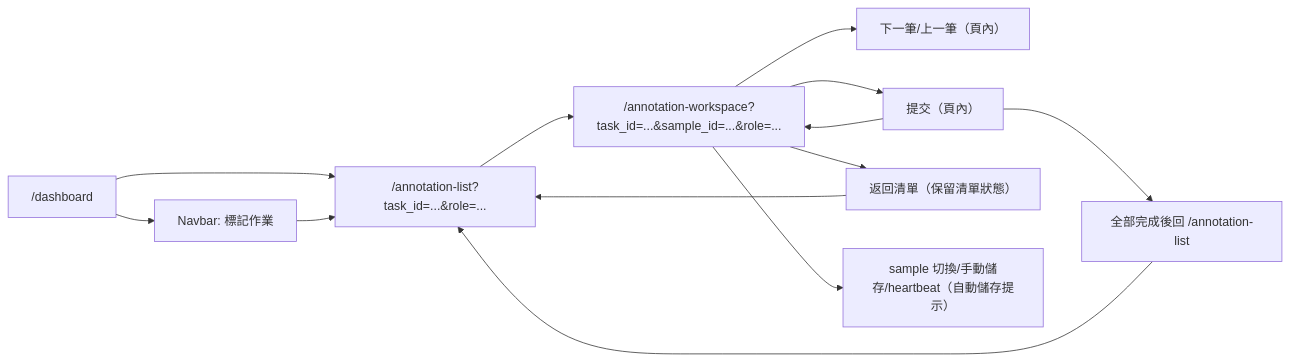
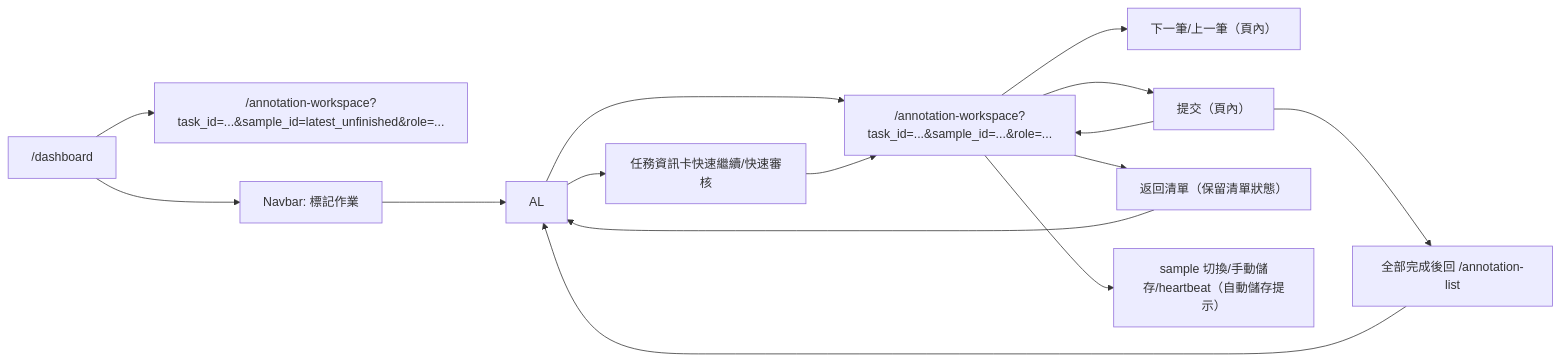
Before and after one commit to singyichen/label-suite: the second of 2 diagrams in specs/annotation/015-annotation-workspace/spec.md, drawn with Mermaid. The commit also changed other lines of this file and 5 other files, not shown here.

Commit message:
feat: update dashboard and annotation prototype specs

````diff
--- a/specs/annotation/015-annotation-workspace/spec.md
+++ b/specs/annotation/015-annotation-workspace/spec.md
@@ -271,15 +288,17 @@
 ```mermaid
 flowchart LR
-    D["/dashboard"] --> AL["/annotation-list?task_id=...&role=..."]
+    D["/dashboard"] --> AWQ["/annotation-workspace?task_id=...&sample_id=latest_unfinished&role=..."]
     D --> NAV["Navbar: 標記作業"]
     NAV --> AL
     AL --> AW["/annotation-workspace?task_id=...&sample_id=...&role=..."]
+    AL --> AWQC["任務資訊卡快速繼續/快速審核"]
+    AWQC --> AW
     AW --> NEXT["下一筆/上一筆（頁內）"]
     AW --> SUBMIT["提交（頁內）"]
     SUBMIT --> AW
     SUBMIT --> ALDONE["全部完成後回 /annotation-list"]
     ALDONE --> AL
     AW --> BACK["返回清單（保留清單狀態）"]
     BACK --> AL
     AW --> AUTO["sample 切換/手動儲存/heartbeat（自動儲存提示）"]
 ```
````
